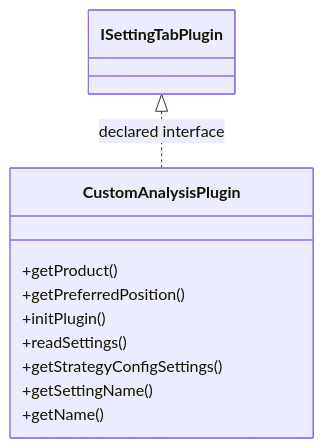
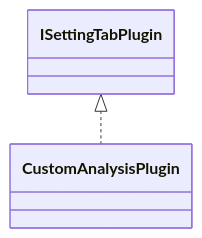
Before and after one commit to haruperi/HaruQuantAI: the diagram in docs/sqx/Shared/SettingsCustomAnalysis.md, drawn with Mermaid. The commit also changed other lines of this file and 1688 other files, not shown here.

````diff
--- a/docs/sqx/Shared/SettingsCustomAnalysis.md
+++ b/docs/sqx/Shared/SettingsCustomAnalysis.md
@@ -30,14 +26,6 @@
 ```mermaid
 classDiagram
-    class Cd51f861a69e5["CustomAnalysisPlugin"] {
-        +getProduct()
-        +getPreferredPosition()
-        +initPlugin()
-        +readSettings()
-        +getStrategyConfigSettings()
-        +getSettingName()
-        +getName()
-    }
-    class C27734eb41505["ISettingTabPlugin"]
-    C27734eb41505 <|.. Cd51f861a69e5 : declared interface
+    class C0["CustomAnalysisPlugin"]
+    class E0["ISettingTabPlugin"]
+    E0 <|.. C0
 ```
````
